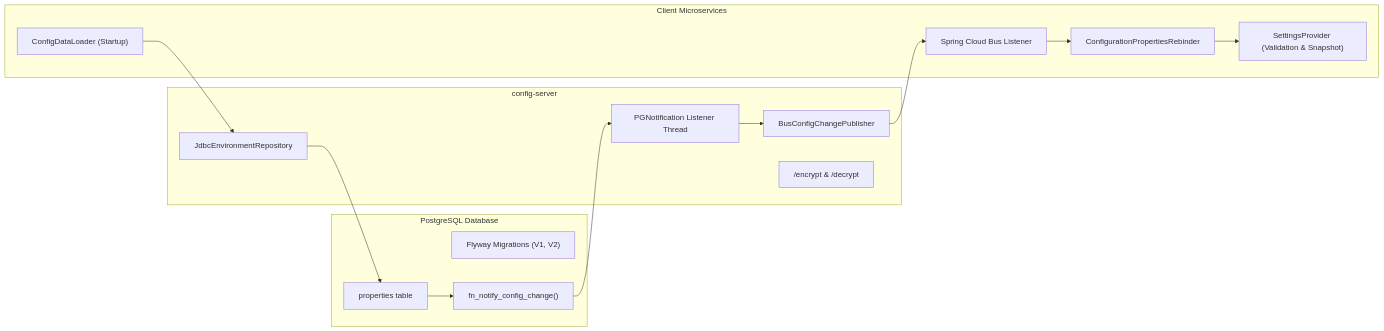
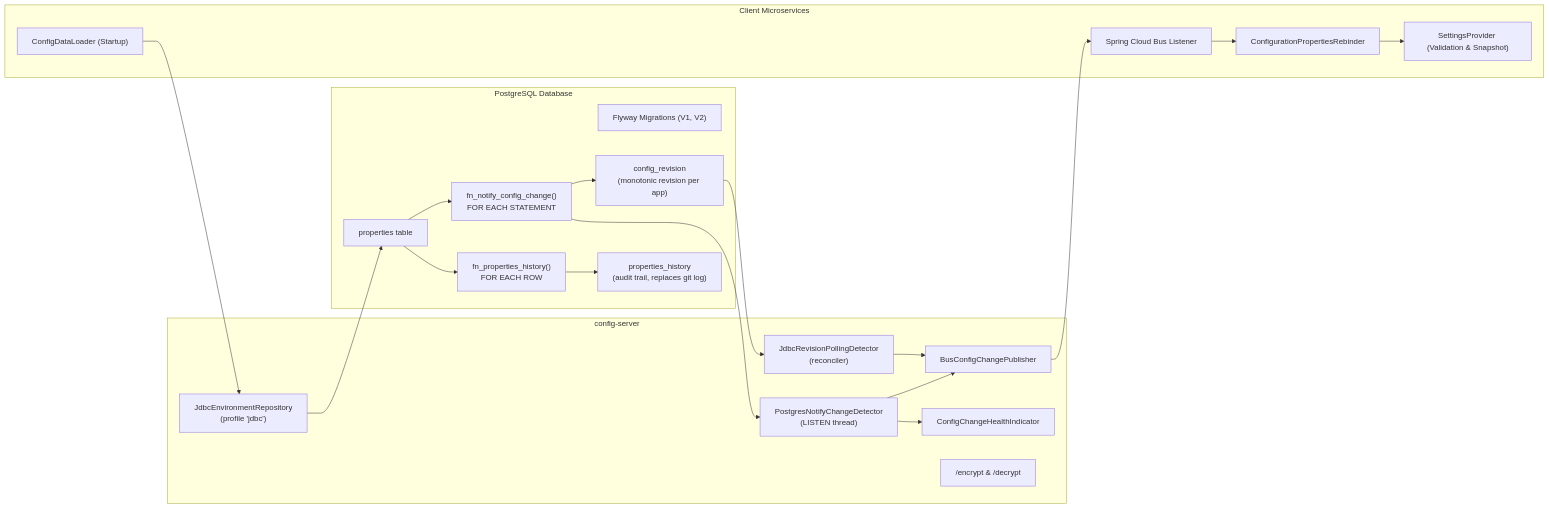
Before and after one commit to kirankumarhm/springboot-config-server-external-properties-demo: the second of 4 diagrams in version-b-jdbc/README.md, drawn with Mermaid. The commit also changed other lines of this file and 4 other files, not shown here.

````diff
--- a/version-b-jdbc/README.md
+++ b/version-b-jdbc/README.md
@@ -57,31 +62,42 @@
 ```mermaid
 graph LR
     subgraph PostgreSQL["PostgreSQL Database"]
         Flyway["Flyway Migrations (V1, V2)"]
         PropsTable["properties table"]
-        NotifyFunc["fn_notify_config_change()"]
+        HistTable["properties_history<br/>(audit trail, replaces git log)"]
+        RevTable["config_revision<br/>(monotonic revision per app)"]
+        NotifyFunc["fn_notify_config_change()<br/>FOR EACH STATEMENT"]
+        HistFunc["fn_properties_history()<br/>FOR EACH ROW"]
     end
 
     subgraph ConfigServer["config-server"]
-        JdbcRepo["JdbcEnvironmentRepository"]
-        ListenerThread["PGNotification Listener Thread"]
+        JdbcRepo["JdbcEnvironmentRepository<br/>(profile 'jdbc')"]
+        ListenerThread["PostgresNotifyChangeDetector<br/>(LISTEN thread)"]
+        RevPoller["JdbcRevisionPollingDetector<br/>(reconciler)"]
         Publisher["BusConfigChangePublisher"]
+        Health["ConfigChangeHealthIndicator"]
         EncController["/encrypt & /decrypt"]
     end
 
     subgraph Clients["Client Microservices"]
         ConfigDataLoader["ConfigDataLoader (Startup)"]
         Rebinder["ConfigurationPropertiesRebinder"]
         Provider["SettingsProvider (Validation & Snapshot)"]
         BusListener["Spring Cloud Bus Listener"]
     end
 
     PropsTable --> NotifyFunc
+    PropsTable --> HistFunc
+    HistFunc --> HistTable
+    NotifyFunc --> RevTable
     NotifyFunc --> ListenerThread
+    RevTable --> RevPoller
     ListenerThread --> Publisher
+    RevPoller --> Publisher
+    ListenerThread --> Health
     Publisher --> BusListener
     BusListener --> Rebinder
     Rebinder --> Provider
     ConfigDataLoader --> JdbcRepo
     JdbcRepo --> PropsTable
 ```
````
